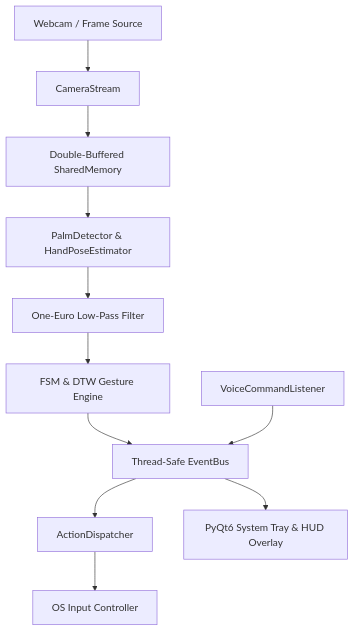
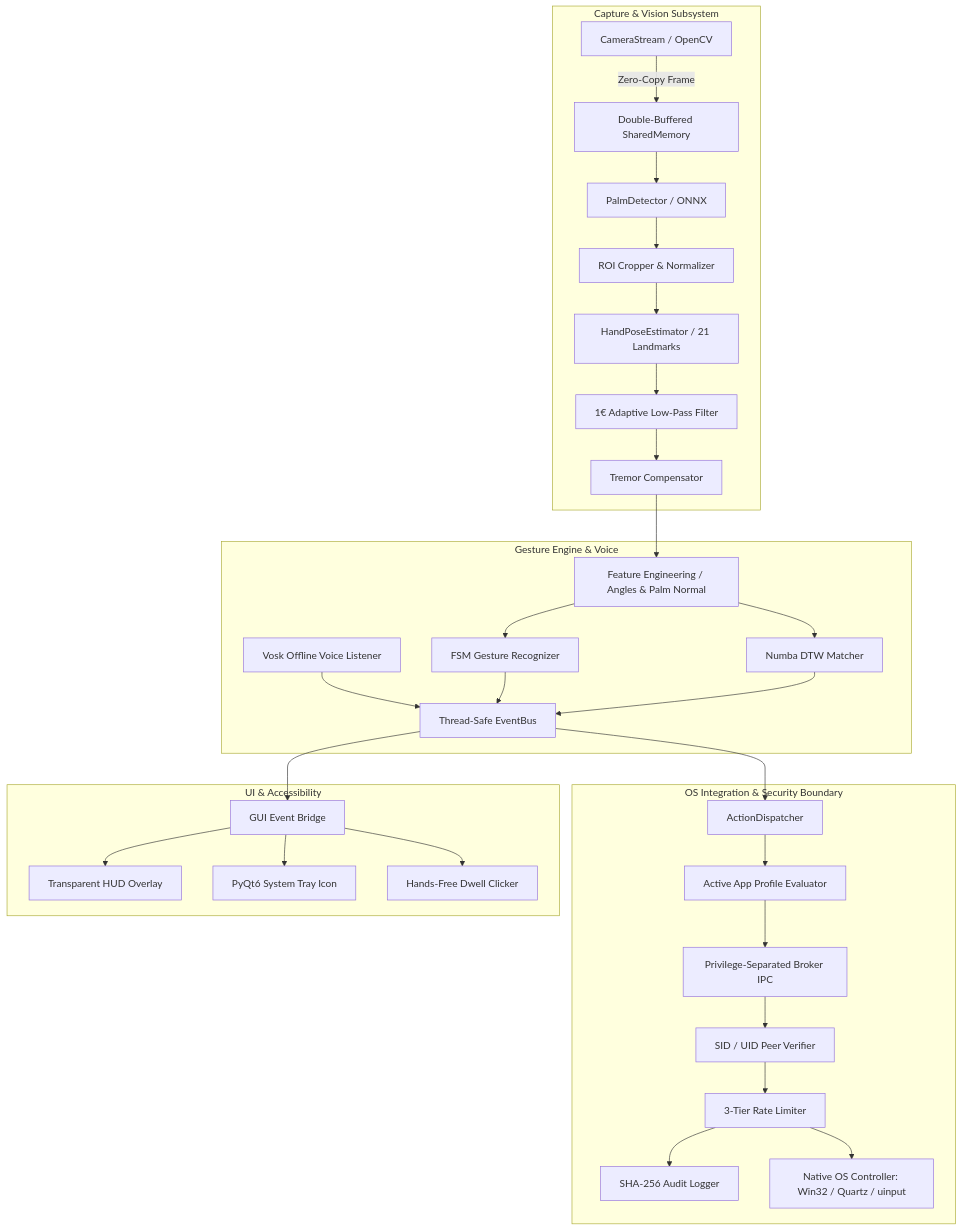
The diagram in docs/architecture.md (aryansinghnagar/Maestro), drawn with Mermaid before and after one commit. The commit also changed other lines of this file and 46 other files, not shown here.

````diff
--- a/docs/architecture.md
+++ b/docs/architecture.md
@@ -9,13 +9,37 @@
 ```mermaid
 graph TD
-    Cam[Webcam / Frame Source] --> Stream[CameraStream]
-    Stream --> SHM[Double-Buffered SharedMemory]
-    SHM --> Vision[PalmDetector & HandPoseEstimator]
-    Vision --> Filter[One-Euro Low-Pass Filter]
-    Filter --> Engine[FSM & DTW Gesture Engine]
-    Engine --> EventBus[Thread-Safe EventBus]
-    Voice[VoiceCommandListener] --> EventBus
-    EventBus --> Dispatcher[ActionDispatcher]
-    Dispatcher --> Controller[OS Input Controller]
-    EventBus --> GUI[PyQt6 System Tray & HUD Overlay]
+    subgraph Capture & Vision Subsystem
+        Cam[CameraStream / OpenCV] -->|Zero-Copy Frame| SHM[Double-Buffered SharedMemory]
+        SHM --> Palm[PalmDetector / ONNX]
+        Palm --> Crop[ROI Cropper & Normalizer]
+        Crop --> Pose[HandPoseEstimator / 21 Landmarks]
+        Pose --> Filter[1€ Adaptive Low-Pass Filter]
+        Filter --> Tremor[Tremor Compensator]
+    end
+
+    subgraph Gesture Engine & Voice
+        Tremor --> Feat[Feature Engineering / Angles & Palm Normal]
+        Feat --> FSM[FSM Gesture Recognizer]
+        Feat --> DTW[Numba DTW Matcher]
+        Voice[Vosk Offline Voice Listener] --> EventBus
+        FSM --> EventBus[Thread-Safe EventBus]
+        DTW --> EventBus
+    end
+
+    subgraph OS Integration & Security Boundary
+        EventBus --> Dispatch[ActionDispatcher]
+        Dispatch --> Profile[Active App Profile Evaluator]
+        Profile --> Broker[Privilege-Separated Broker IPC]
+        Broker --> Auth[SID / UID Peer Verifier]
+        Auth --> Rate[3-Tier Rate Limiter]
+        Rate --> Audit[SHA-256 Audit Logger]
+        Rate --> Inject[Native OS Controller: Win32 / Quartz / uinput]
+    end
+
+    subgraph UI & Accessibility
+        EventBus --> QtBridge[GUI Event Bridge]
+        QtBridge --> Overlay[Transparent HUD Overlay]
+        QtBridge --> Tray[PyQt6 System Tray Icon]
+        QtBridge --> Dwell[Hands-Free Dwell Clicker]
+    end
 ```
````
